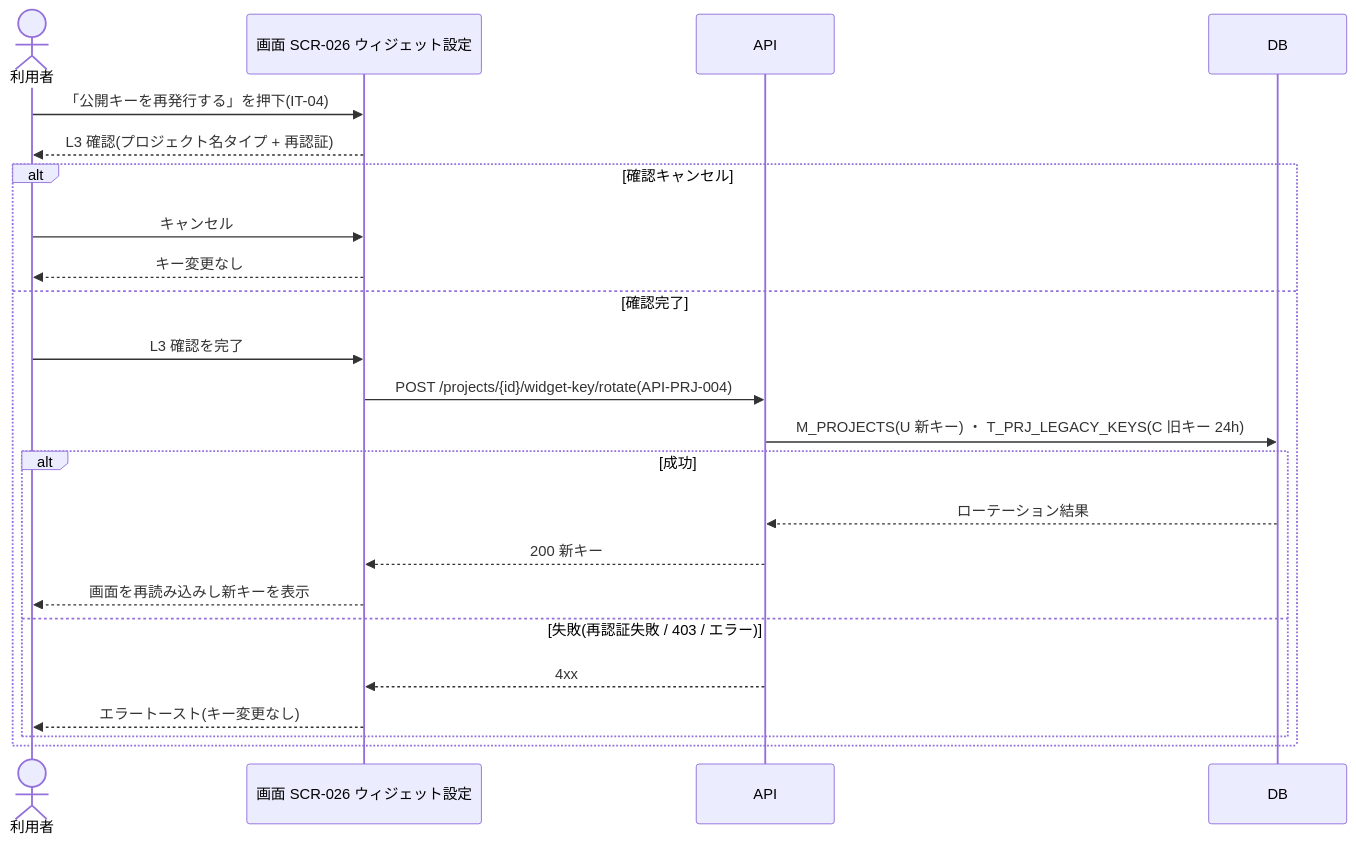
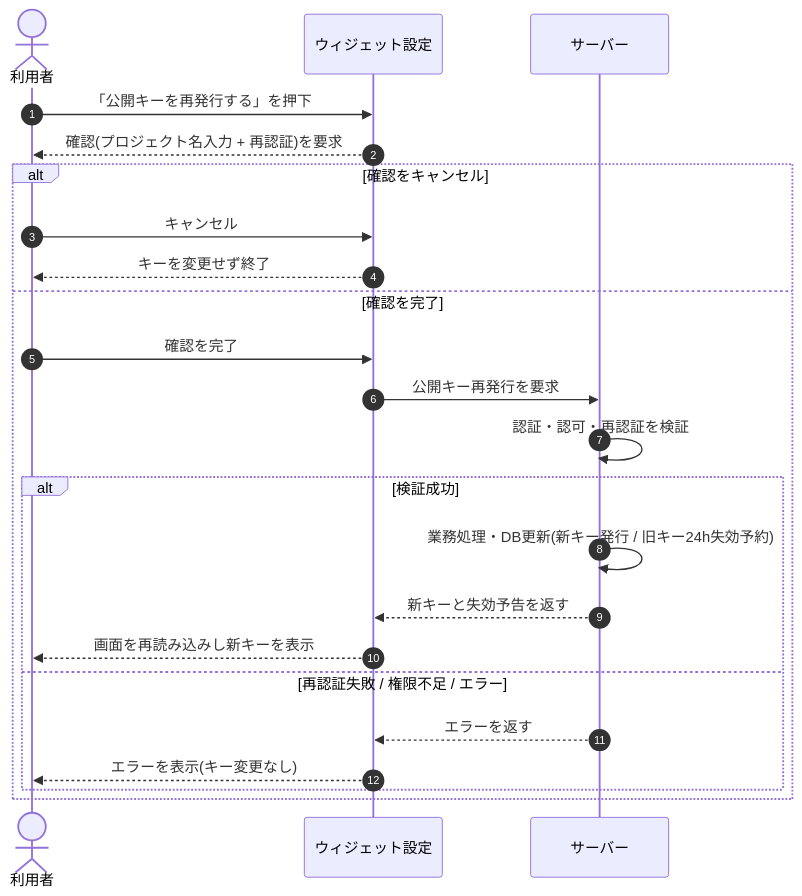
One commit to sikakou54/open-faq changed the diagram in 02_basic_design/05_sequences/SEQ-039.md. Above: the diagram before and after it, drawn with Mermaid. The commit also changed other lines of this file and 108 other files, not shown here.

First line of the commit message:
基本設計: シーケンス図を基本設計粒度(ユーザー/画面/サーバー)へ再編成

````diff
--- a/02_basic_design/05_sequences/SEQ-039.md
+++ b/02_basic_design/05_sequences/SEQ-039.md
@@ -25,25 +32,25 @@
 ```mermaid
 sequenceDiagram
+  autonumber
   actor U as 利用者
-  participant S as 画面 SCR-026 ウィジェット設定
-  participant API as API
-  participant DB as DB
-  U->>S: 「公開キーを再発行する」を押下(IT-04)
-  S-->>U: L3 確認(プロジェクト名タイプ + 再認証)
-  alt 確認キャンセル
-    U->>S: キャンセル
-    S-->>U: キー変更なし
-  else 確認完了
-    U->>S: L3 確認を完了
-    S->>API: POST /projects/{id}/widget-key/rotate(API-PRJ-004)
-    API->>DB: M_PROJECTS(U 新キー) ・ T_PRJ_LEGACY_KEYS(C 旧キー 24h)
-    alt 成功
-      DB-->>API: ローテーション結果
-      API-->>S: 200 新キー
-      S-->>U: 画面を再読み込みし新キーを表示
-    else 失敗(再認証失敗 / 403 / エラー)
-      API-->>S: 4xx
-      S-->>U: エラートースト(キー変更なし)
+  participant Screen as ウィジェット設定
+  participant Server as サーバー
+  U->>Screen: 「公開キーを再発行する」を押下
+  Screen-->>U: 確認(プロジェクト名入力 + 再認証)を要求
+  alt 確認をキャンセル
+    U->>Screen: キャンセル
+    Screen-->>U: キーを変更せず終了
+  else 確認を完了
+    U->>Screen: 確認を完了
+    Screen->>Server: 公開キー再発行を要求
+    Server->>Server: 認証・認可・再認証を検証
+    alt 検証成功
+      Server->>Server: 業務処理・DB更新(新キー発行 / 旧キー24h失効予約)
+      Server-->>Screen: 新キーと失効予告を返す
+      Screen-->>U: 画面を再読み込みし新キーを表示
+    else 再認証失敗 / 権限不足 / エラー
+      Server-->>Screen: エラーを返す
+      Screen-->>U: エラーを表示(キー変更なし)
     end
   end
 ```
````
